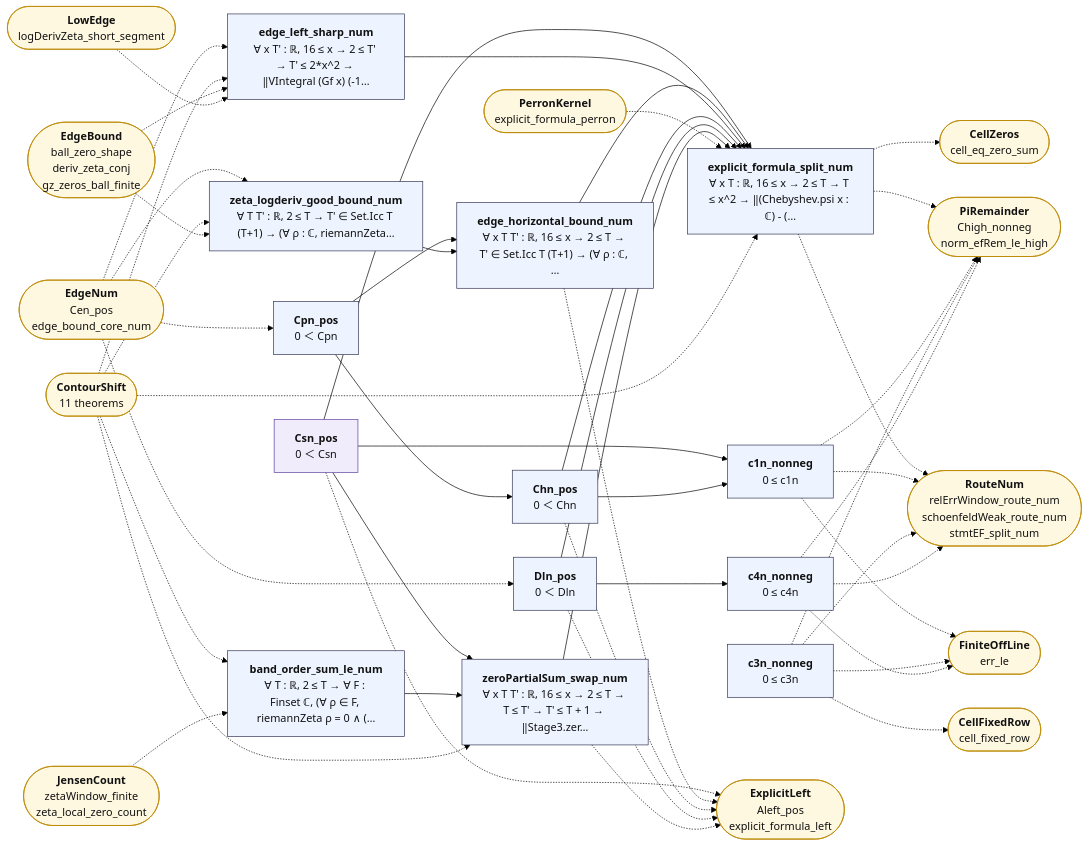
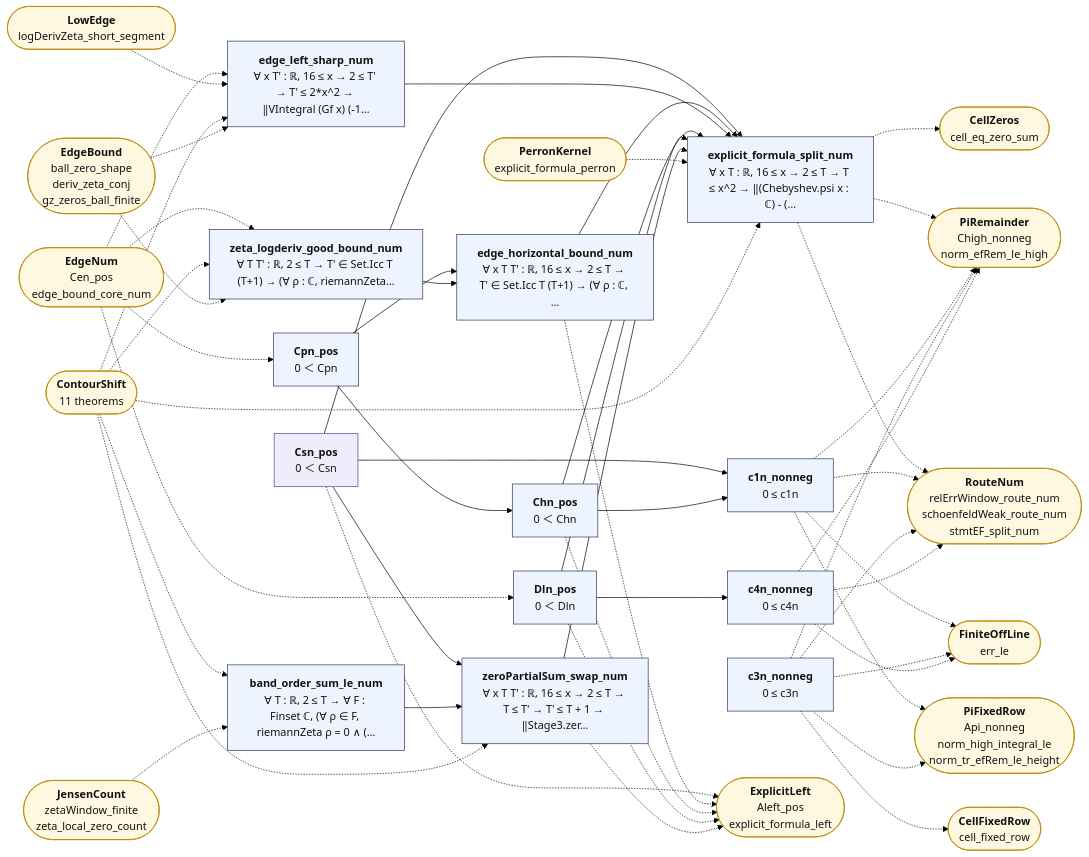
One commit to juliansambranojr/Primebeat_081426 changed the diagram in map/lean_stage3/GlueNum.mmd. Above: the diagram before and after it, drawn with Mermaid (forest theme). The commit also changed 46 other files, not shown here.

First line of the commit message:
Block F4: the integer count at a fixed row (unit 0462)

```diff
--- a/map/lean_stage3/GlueNum.mmd
+++ b/map/lean_stage3/GlueNum.mmd
@@ -1,80 +1,83 @@
 flowchart LR
   n0["<b>Csn_pos</b><br/>0 ＜ Csn"]:::shp
   n1["<b>Cpn_pos</b><br/>0 ＜ Cpn"]:::thm
   n2["<b>Chn_pos</b><br/>0 ＜ Chn"]:::thm
   n3["<b>Dln_pos</b><br/>0 ＜ Dln"]:::thm
   n4["<b>c1n_nonneg</b><br/>0 ≤ c1n"]:::thm
   n5["<b>c3n_nonneg</b><br/>0 ≤ c3n"]:::thm
   n6["<b>c4n_nonneg</b><br/>0 ≤ c4n"]:::thm
   n7["<b>band_order_sum_le_num</b><br/>∀ T : ℝ, 2 ≤ T → ∀ F : Finset ℂ, (∀ ρ ∈ F, riemannZeta ρ = 0 ∧ (…"]:::thm
   n8["<b>zeroPartialSum_swap_num</b><br/>∀ x T T' : ℝ, 16 ≤ x → 2 ≤ T → T ≤ T' → T' ≤ T + 1 → ‖Stage3.zer…"]:::thm
   n9["<b>zeta_logderiv_good_bound_num</b><br/>∀ T T' : ℝ, 2 ≤ T → T' ∈ Set.Icc T (T+1) → (∀ ρ : ℂ, riemannZeta…"]:::thm
   n10["<b>edge_horizontal_bound_num</b><br/>∀ x T T' : ℝ, 16 ≤ x → 2 ≤ T → T' ∈ Set.Icc T (T+1) → (∀ ρ : ℂ, …"]:::thm
   n11["<b>edge_left_sharp_num</b><br/>∀ x T' : ℝ, 16 ≤ x → 2 ≤ T' → T' ≤ 2*x^2 → ‖VIntegral (Gf x) (-1…"]:::thm
   n12["<b>explicit_formula_split_num</b><br/>∀ x T : ℝ, 16 ≤ x → 2 ≤ T → T ≤ x^2 → ‖(Chebyshev.psi x : ℂ) - (…"]:::thm
   x0(["<b>ExplicitLeft</b><br/>Aleft_pos<br/>explicit_formula_left"]):::ext
   x1(["<b>EdgeNum</b><br/>Cen_pos<br/>edge_bound_core_num"]):::ext
   x2(["<b>FiniteOffLine</b><br/>err_le"]):::ext
-  x3(["<b>PiRemainder</b><br/>Chigh_nonneg<br/>norm_efRem_le_high"]):::ext
-  x4(["<b>RouteNum</b><br/>relErrWindow_route_num<br/>schoenfeldWeak_route_num<br/>stmtEF_split_num"]):::ext
-  x5(["<b>CellFixedRow</b><br/>cell_fixed_row"]):::ext
-  x6(["<b>ContourShift</b><br/>11 theorems"]):::ext
-  x7(["<b>JensenCount</b><br/>zetaWindow_finite<br/>zeta_local_zero_count"]):::ext
-  x8(["<b>EdgeBound</b><br/>ball_zero_shape<br/>deriv_zeta_conj<br/>gz_zeros_ball_finite"]):::ext
-  x9(["<b>LowEdge</b><br/>logDerivZeta_short_segment"]):::ext
-  x10(["<b>PerronKernel</b><br/>explicit_formula_perron"]):::ext
-  x11(["<b>CellZeros</b><br/>cell_eq_zero_sum"]):::ext
+  x3(["<b>PiFixedRow</b><br/>Api_nonneg<br/>norm_high_integral_le<br/>norm_tr_efRem_le_height"]):::ext
+  x4(["<b>PiRemainder</b><br/>Chigh_nonneg<br/>norm_efRem_le_high"]):::ext
+  x5(["<b>RouteNum</b><br/>relErrWindow_route_num<br/>schoenfeldWeak_route_num<br/>stmtEF_split_num"]):::ext
+  x6(["<b>CellFixedRow</b><br/>cell_fixed_row"]):::ext
+  x7(["<b>ContourShift</b><br/>11 theorems"]):::ext
+  x8(["<b>JensenCount</b><br/>zetaWindow_finite<br/>zeta_local_zero_count"]):::ext
+  x9(["<b>EdgeBound</b><br/>ball_zero_shape<br/>deriv_zeta_conj<br/>gz_zeros_ball_finite"]):::ext
+  x10(["<b>LowEdge</b><br/>logDerivZeta_short_segment"]):::ext
+  x11(["<b>PerronKernel</b><br/>explicit_formula_perron"]):::ext
+  x12(["<b>CellZeros</b><br/>cell_eq_zero_sum"]):::ext
   n0 --> n12
   n0 --> n4
   n0 --> n8
   n1 --> n10
   n1 --> n2
   n10 --> n12
   n11 --> n12
   n2 --> n12
   n2 --> n4
   n3 --> n12
   n3 --> n6
   n7 --> n8
   n8 --> n12
   n9 --> n10
   n0 -.-> x0
   n10 -.-> x0
-  n12 -.-> x11
-  n12 -.-> x3
+  n12 -.-> x12
   n12 -.-> x4
+  n12 -.-> x5
   n2 -.-> x0
   n3 -.-> x0
   n4 -.-> x2
   n4 -.-> x3
   n4 -.-> x4
+  n4 -.-> x5
   n5 -.-> x2
   n5 -.-> x3
   n5 -.-> x4
   n5 -.-> x5
+  n5 -.-> x6
   n6 -.-> x2
-  n6 -.-> x3
   n6 -.-> x4
+  n6 -.-> x5
   n8 -.-> x0
   x1 -.-> n1
   x1 -.-> n11
   x1 -.-> n3
   x1 -.-> n9
-  x10 -.-> n12
-  x6 -.-> n11
-  x6 -.-> n12
-  x6 -.-> n7
-  x6 -.-> n8
-  x6 -.-> n9
+  x10 -.-> n11
+  x11 -.-> n12
+  x7 -.-> n11
+  x7 -.-> n12
   x7 -.-> n7
-  x8 -.-> n11
-  x8 -.-> n9
+  x7 -.-> n8
+  x7 -.-> n9
+  x8 -.-> n7
   x9 -.-> n11
+  x9 -.-> n9
   classDef cnt fill:#dff5ec,stroke:#17694a,color:#111
   classDef shp fill:#f1ecfb,stroke:#5b3fa0,color:#111
   classDef rh fill:#ffe5e5,stroke:#c22,color:#111,stroke-width:2px
   classDef thm fill:#eef4ff,stroke:#335,color:#111
   classDef end_ fill:#e7f7e7,stroke:#2a7,color:#111,stroke-width:2px
   classDef lone fill:#fff,stroke:#999,color:#111,stroke-dasharray:4 3
   classDef bad fill:#ffe5e5,stroke:#c22,color:#111,stroke-width:2px
   classDef ext fill:#fff8e1,stroke:#b80,color:#111
```
